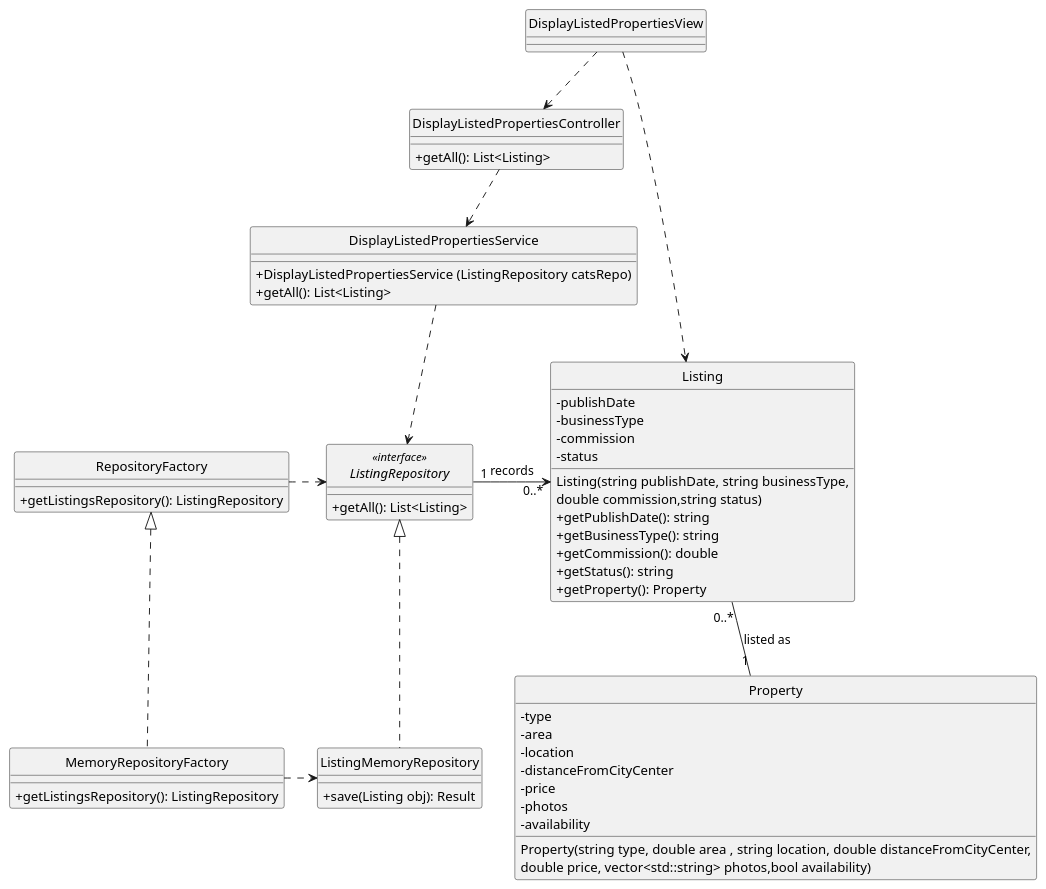
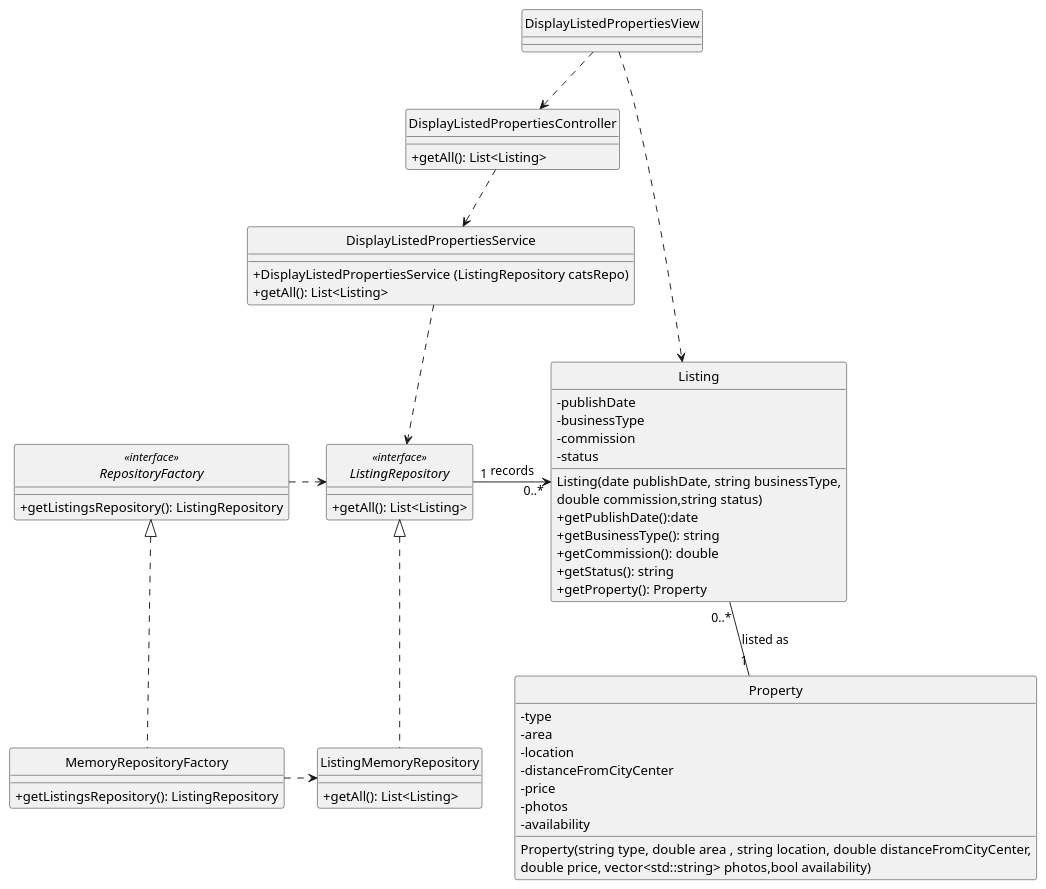
One commit to goncalomaia18/leti-esoft-24-25-A2 changed the diagram in docs/Sprint3/US20/US20-CD.puml. Above: the diagram before and after it, drawn with PlantUML. The commit also changed 4 other files, not shown here.

```diff
--- a/docs/Sprint3/US20/US20-CD.puml
+++ b/docs/Sprint3/US20/US20-CD.puml
@@ -1,72 +1,72 @@
 @startuml
 hide circle
 skinparam classAttributeIconSize 0
 
 class DisplayListedPropertiesView {
 }
 
 class DisplayListedPropertiesController {
   +getAll(): List<Listing>
 }
 
 class DisplayListedPropertiesService {
   + DisplayListedPropertiesService (ListingRepository catsRepo)
   +getAll(): List<Listing>
 }
 
 interface ListingRepository <<interface>> {
   +getAll(): List<Listing>
 }
 
 
 class Listing {
   -publishDate
   -businessType
   -commission
   -status
-  Listing(string publishDate, string businessType,
+  Listing(date publishDate, string businessType,
  double commission,string status)
-  +getPublishDate(): string
+  +getPublishDate():date
   +getBusinessType(): string
   +getCommission(): double
   +getStatus(): string
   +getProperty(): Property
 }
 
-class RepositoryFactory{
+interface RepositoryFactory <<interface>>{
   +getListingsRepository(): ListingRepository
 }
 class Property {
     -type
     -area
     -location
     -distanceFromCityCenter
     -price
     -photos
     -availability
 
 Property(string type, double area , string location, double distanceFromCityCenter,
 double price, vector<std::string> photos,bool availability)
 }
 class ListingMemoryRepository {
-+ save(Listing obj): Result
+ +getAll(): List<Listing>
 }
 
 class MemoryRepositoryFactory {
-+ getListingsRepository(): ListingRepository
+ + getListingsRepository(): ListingRepository
 }
 
 ListingMemoryRepository .up.|> ListingRepository
 MemoryRepositoryFactory .up.|> RepositoryFactory
 
 MemoryRepositoryFactory .right.> ListingMemoryRepository
 
 
 ListingRepository "1" -right-> "0..*" Listing:  records
 Property "1" -up- "0..*" Listing : listed as
 DisplayListedPropertiesView ..> DisplayListedPropertiesController
 DisplayListedPropertiesController ..> DisplayListedPropertiesService
 DisplayListedPropertiesService ..> ListingRepository
 RepositoryFactory .right.> ListingRepository
 DisplayListedPropertiesView ..> Listing
 @enduml
```
